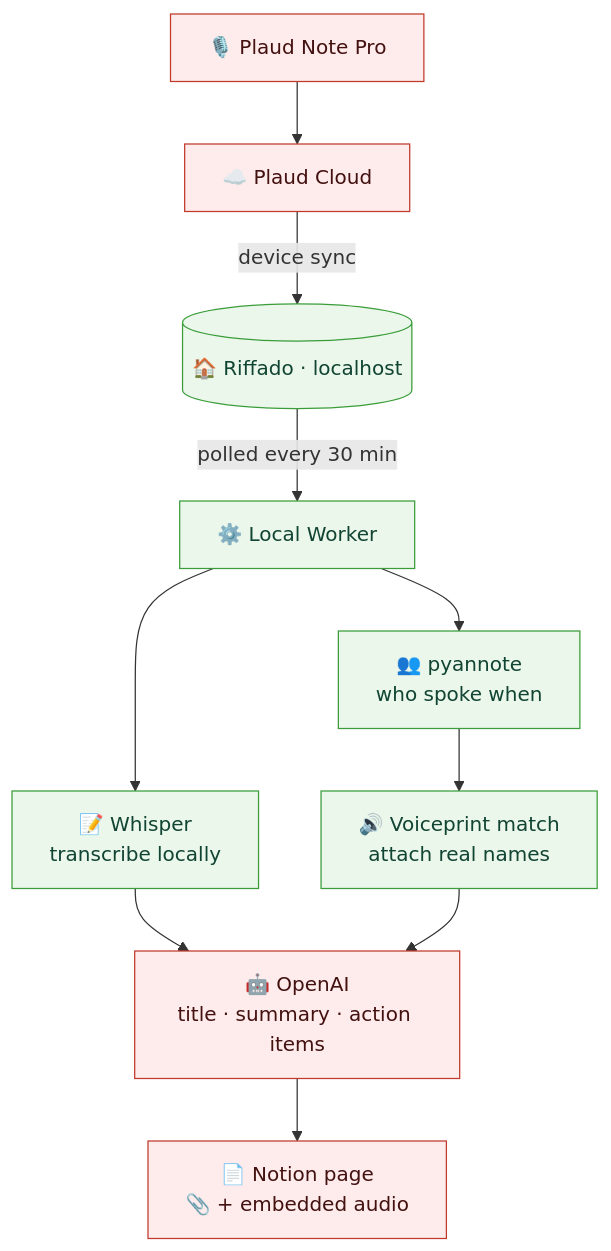
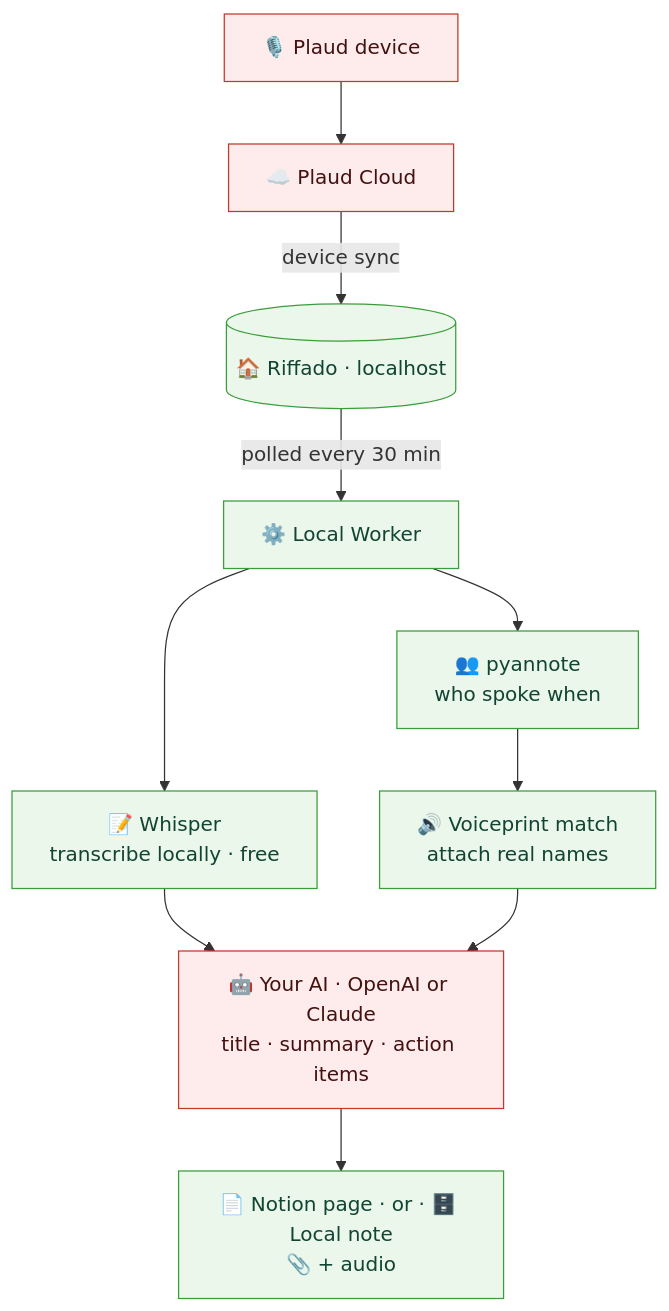
Before and after one commit to bestankit-sudo/plaud-notion-automation: the first of 3 diagrams in README.md, drawn with Mermaid. The commit also changed other lines of this file and 6 other files, not shown here.

````diff
--- a/README.md
+++ b/README.md
@@ -34,17 +66,17 @@
 ```mermaid
 flowchart TD
-    P[🎙️ Plaud Note Pro] --> PC[☁️ Plaud Cloud]
+    P[🎙️ Plaud device] --> PC[☁️ Plaud Cloud]
     PC -->|device sync| R[(🏠 Riffado · localhost)]
     R -->|polled every 30 min| W[⚙️ Local Worker]
-    W --> T[📝 Whisper<br/>transcribe locally]
+    W --> T[📝 Whisper<br/>transcribe locally · free]
     W --> D[👥 pyannote<br/>who spoke when]
     D --> V[🔊 Voiceprint match<br/>attach real names]
-    T --> O[🤖 OpenAI<br/>title · summary · action items]
+    T --> O[🤖 Your AI · OpenAI or Claude<br/>title · summary · action items]
     V --> O
-    O --> N[📄 Notion page<br/>📎 + embedded audio]
+    O --> N[📄 Notion page · or · 🗄️ Local note<br/>📎 + audio]
 
     classDef local fill:#eaf7ea,stroke:#3a9d3a,color:#143;
     classDef ext fill:#fdeceb,stroke:#c0392b,color:#411;
-    class R,W,T,D,V local;
-    class P,PC,O,N ext;
+    class R,W,T,D,V,N local;
+    class P,PC,O ext;
 ```
````
